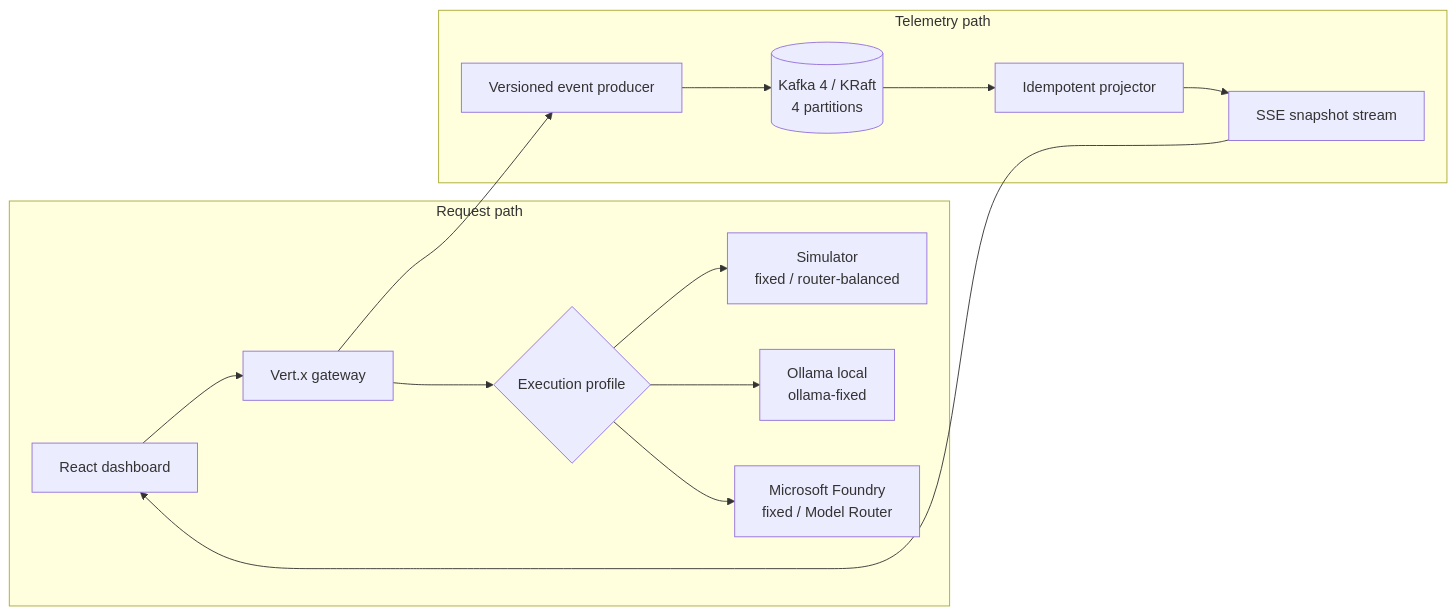
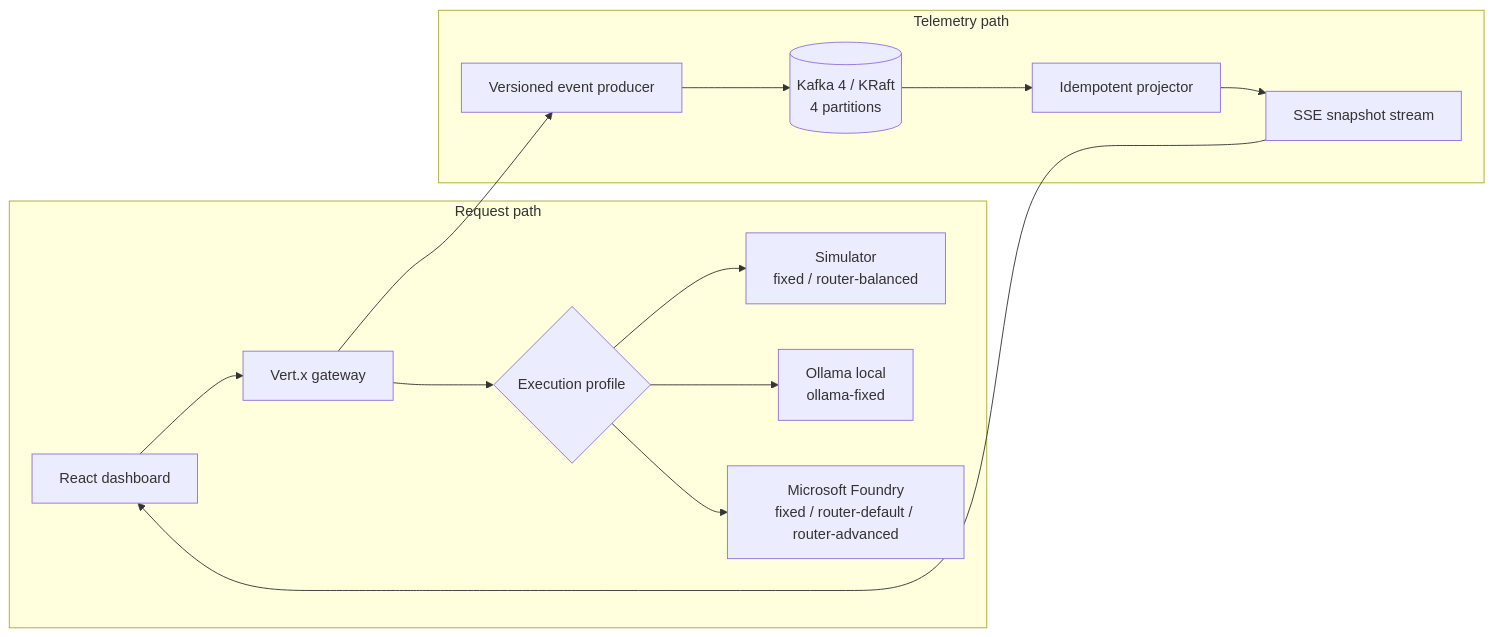
The diagram in docs/architecture.md (hyeonsangjeon/kafka-metric-example), drawn with Mermaid before and after one commit. The commit also changed other lines of this file and 39 other files, not shown here.

First line of the commit message:
Add live Foundry model router evaluation

````diff
--- a/docs/architecture.md
+++ b/docs/architecture.md
@@ -7,18 +7,18 @@
 ```mermaid
 flowchart LR
   subgraph request[Request path]
     UI[React dashboard] --> API[Vert.x gateway]
     API --> PROFILE{Execution profile}
     PROFILE --> SIM[Simulator\nfixed / router-balanced]
     PROFILE --> OLLAMA[Ollama local\nollama-fixed]
-    PROFILE --> FOUNDRY[Microsoft Foundry\nfixed / Model Router]
+    PROFILE --> FOUNDRY[Microsoft Foundry\nfixed / router-default / router-advanced]
   end
 
   subgraph telemetry[Telemetry path]
     API --> PRODUCER[Versioned event producer]
     PRODUCER --> KAFKA[(Kafka 4 / KRaft\n4 partitions)]
     KAFKA --> PROJECTOR[Idempotent projector]
     PROJECTOR --> SSE[SSE snapshot stream]
     SSE --> UI
   end
 ```
````
